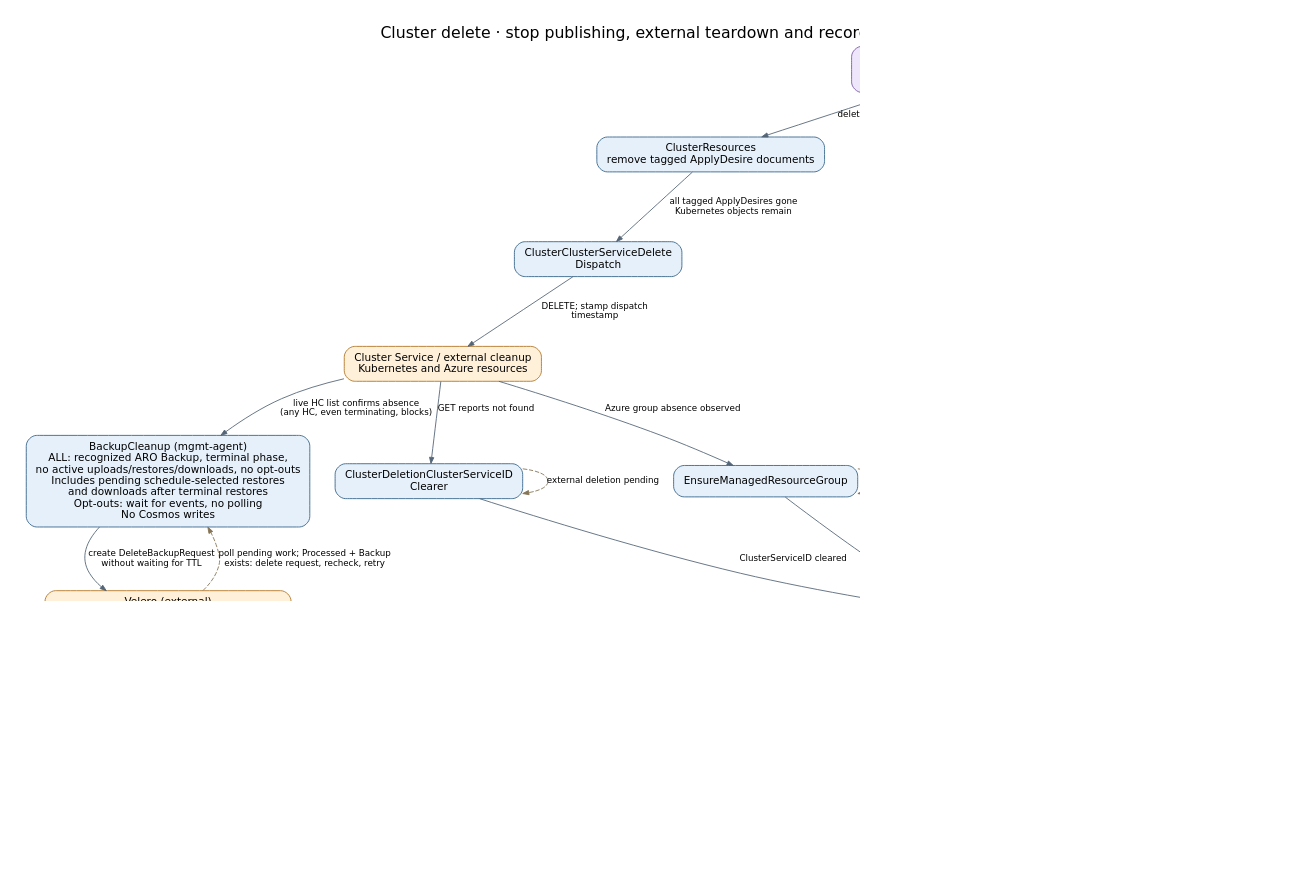
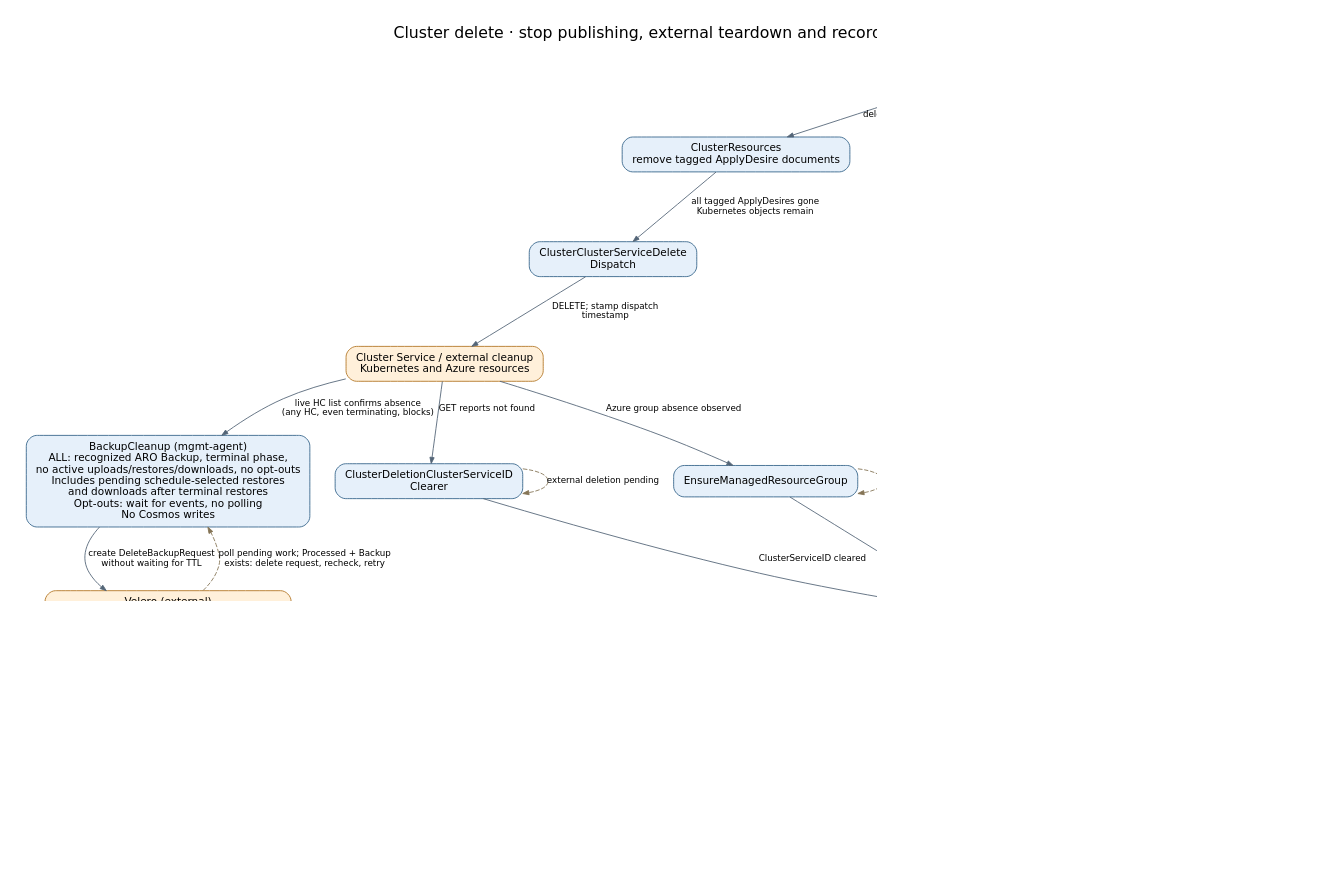
One commit to Azure/ARO-HCP changed the diagram in docs/diagrams/controller-flows/cluster-delete.dot. Above: the diagram before and after it, drawn with Graphviz. The commit also changed 4 other files, not shown here.

First line of the commit message:
feat: delete mrg upon completed cs cluster deletion if orphaned

```diff
--- a/docs/diagrams/controller-flows/cluster-delete.dot
+++ b/docs/diagrams/controller-flows/cluster-delete.dot
@@ -1,42 +1,42 @@
 digraph cluster_delete {
   graph [rankdir=TB, bgcolor="white", pad="0.3", nodesep="0.4", ranksep="0.55", fontname="DejaVu Sans", fontsize=18, labelloc=t, label="Cluster delete · stop publishing, external teardown and record cleanup", dpi=110];
   node [shape=box, style="rounded,filled", fillcolor="#e6f0fa", color="#35648a", fontname="DejaVu Sans", fontsize=12, margin="0.16,0.10"];
   edge [color="#536577", fontname="DejaVu Sans", fontsize=10, arrowsize=0.7];
   delete [label="Frontend DELETE cluster\ndeletion timestamp + Delete Operation\nchild node-pool / external-auth deletes", fillcolor="#eee7fb", color="#7b59a4"];
   resources [label="ClusterResources\nremove tagged ApplyDesire documents", fillcolor="#e6f0fa", color="#35648a"];
   dispatch [label="ClusterClusterServiceDelete\nDispatch", fillcolor="#e6f0fa", color="#35648a"];
   cs [label="Cluster Service / external cleanup\nKubernetes and Azure resources", fillcolor="#fff0da", color="#b27624"];
   clear [label="ClusterDeletionClusterServiceID\nClearer", fillcolor="#e6f0fa", color="#35648a"];
   marker [label="ClusterCredentialDeletionMarker\nController", fillcolor="#e6f0fa", color="#35648a"];
   credentials [label="Credential request / revocation\ndeletion controllers", fillcolor="#e6f0fa", color="#35648a"];
   children [label="Node-pool and external-auth\ndeletion flows complete", fillcolor="#e4f2e5", color="#4c8053"];
   group [label="EnsureManagedResourceGroup", fillcolor="#e6f0fa", color="#35648a"];
   cleanup [label="ClusterChildResourcesCleanup\nController", fillcolor="#e6f0fa", color="#35648a"];
   final [label="ClusterDeletionController", fillcolor="#e6f0fa", color="#35648a"];
   op [label="OperationClusterDelete", fillcolor="#e6f0fa", color="#35648a"];
   done [label="ARM Delete Operation Succeeded", fillcolor="#e4f2e5", color="#4c8053"];
   backups [label="BackupCleanup (mgmt-agent)\nALL: recognized ARO Backup, terminal phase,\nno active uploads/restores/downloads, no opt-outs\nIncludes pending schedule-selected restores\nand downloads after terminal restores\nOpt-outs: wait for events, no polling\nNo Cosmos writes", fillcolor="#e6f0fa", color="#35648a"];
   velero [label="Velero (external)\nprocess DeleteBackupRequest\ndelete Backup and associated backup data", fillcolor="#fff0da", color="#b27624"];
   retained [label="Backup absent: stop reconciling\nBackupRepositories retained for Kopia maintenance\nNot proof of repository GC; not an ARM gate", fillcolor="#e4f2e5", color="#4c8053"];
   delete -> resources [label="deletion intent"];
   resources -> dispatch [label="all tagged ApplyDesires gone\nKubernetes objects remain"];
   dispatch -> cs [label="DELETE; stamp dispatch\ntimestamp"];
   cs -> clear [label="GET reports not found"];
   cs -> backups [label="live HC list confirms absence\n(any HC, even terminating, blocks)"];
   backups -> velero [label="create DeleteBackupRequest\nwithout waiting for TTL"];
   velero -> backups [label="poll pending work; Processed + Backup\nexists: delete request, recheck, retry", style=dashed, color="#857456"];
   velero -> retained [label="live Backup GET: NotFound"];
   delete -> marker [label="mark credential children"];
   marker -> credentials [label="Status.DeletionTimestamp"];
   delete -> children [label="child delete operations"];
   cs -> group [label="Azure group absence observed"];
   clear -> cleanup [label="ClusterServiceID cleared"];
   credentials -> cleanup [label="all credential documents gone"];
   children -> cleanup [label="all node pools / external auth\ngone"];
   group -> cleanup [label="group references cleared\n(required before removing\nprovider doc)"];
   cleanup -> final [label="nested resources and intents\ngone"];
   final -> op [label="billing DeletionTime; cluster\ndoc deleted"];
   op -> done [label="document absence observed"];
   clear -> clear [label="external deletion pending", style=dashed, color="#857456", constraint=false];
-  group -> group [label="group still exists: observe\nagain", style=dashed, color="#857456", constraint=false];
+  group -> group [label="group still exists: observe again\n(or delete if orphaned)", style=dashed, color="#857456", constraint=false];
 }
```
